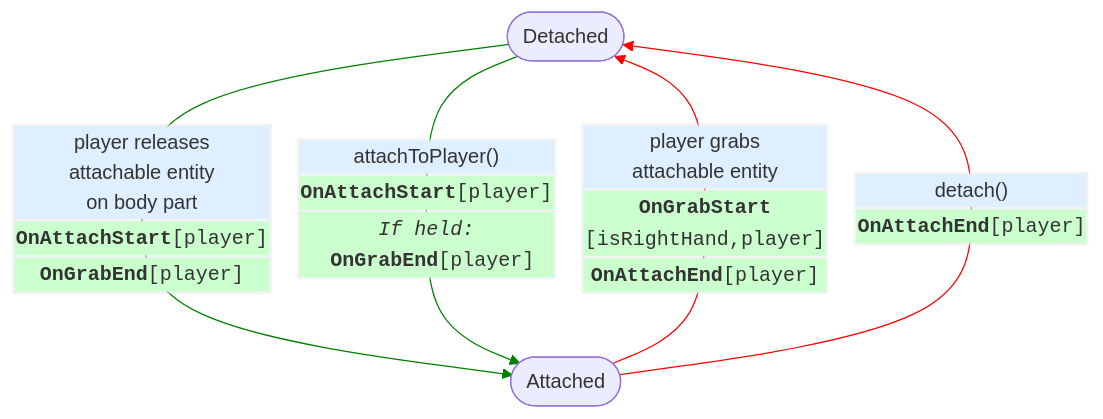
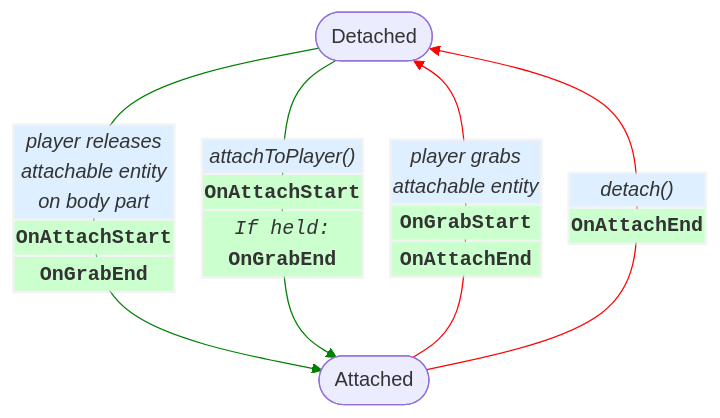
Before and after one commit to MHCPCreators/horizonCreatorManual: diagram 11 of 11 in HorizonTechnicalDoc.md, drawn with Mermaid. The commit also changed other lines of this file, not shown here.

Commit message:
Code block stuff

````diff
--- a/HorizonTechnicalDoc.md
+++ b/HorizonTechnicalDoc.md
@@ -4035,16 +4057,16 @@
 ```mermaid {align="center"}
 flowchart TD
   detach([Detached])
   attach([Attached])
 
-  detach -- <table style="margin:0;overflow: visible"><tr><td style="background-color:#deefff">player releases<br/>attachable entity<br/>on body part</td></tr><tr><td style="background-color:#cbffcd"><code style="background-color:#0000"><b>OnAttachStart</b>[player]</code></td></tr><tr><td style="background-color:#cbffcd"><code style="background-color: #0000"><b>OnGrabEnd</b>[player]</code></td></tr></table> ---> attach
+  detach -- <table style="margin:0;overflow: visible"><tr><td style="background-color:#deefff"><i>player releases<br/>attachable entity<br/>on body part</i></td></tr><tr><td style="background-color:#cbffcd"><code style="background-color:#0000"><b>OnAttachStart</b></code></td></tr><tr><td style="background-color:#cbffcd"><code style="background-color: #0000"><b>OnGrabEnd</b></code></td></tr></table> ---> attach
 
-  detach -- <table style="margin:0;overflow: visible"><tr><td style="background-color:#deefff">attachToPlayer()</td></tr><tr><td style="background-color:#cbffcd"><code style="background-color:#0000"><b>OnAttachStart</b>[player]</code></td></tr><tr><td style="background-color:#cbffcd"><code style="background-color:#0000"><I>If held:</I><br/> <b>OnGrabEnd</b>[player]</code></td></tr></table> ---> attach
+  detach -- <table style="margin:0;overflow: visible"><tr><td style="background-color:#deefff"><i>attachToPlayer()</i></td></tr><tr><td style="background-color:#cbffcd"><code style="background-color:#0000"><b>OnAttachStart</b></code></td></tr><tr><td style="background-color:#cbffcd"><code style="background-color:#0000"><I>If held:</I><br/> <b>OnGrabEnd</b></code></td></tr></table> ---> attach
 
-  attach -- <table style="margin:0;overflow: visible"><tr><td style="background-color:#deefff">player grabs <br/>attachable entity</td></tr><tr><td style="background-color:#cbffcd"><code style="background-color:#0000"><b>OnGrabStart</b><br/>[isRightHand,player]</code></td></tr><tr><td style="background-color:#cbffcd"><code style="background-color:#0000"><b>OnAttachEnd</b>[player]</code></td></tr></table> --> detach
+  attach -- <table style="margin:0;overflow: visible"><tr><td style="background-color:#deefff"><i>player grabs <br/>attachable entity</i></td></tr><tr><td style="background-color:#cbffcd"><code style="background-color:#0000"><b>OnGrabStart</b></code></td></tr><tr><td style="background-color:#cbffcd"><code style="background-color:#0000"><b>OnAttachEnd</b></code></td></tr></table> --> detach
 
-  attach -- <table style="margin:0;overflow: visible"><tr><td style="background-color:#deefff">detach()</td></tr><tr><td style="background-color:#cbffcd"><code style="background-color:#0000"><b>OnAttachEnd</b>[player]</code></td></tr></table> --> detach
+  attach -- <table style="margin:0;overflow: visible"><tr><td style="background-color:#deefff"><i>detach()</i></td></tr><tr><td style="background-color:#cbffcd"><code style="background-color:#0000"><b>OnAttachEnd</b></code></td></tr></table> --> detach
 
    linkStyle 0,1 stroke:green,stroke-width:1px;
     linkStyle 2,3 stroke:red,stroke-width:1px;
 ```
````
